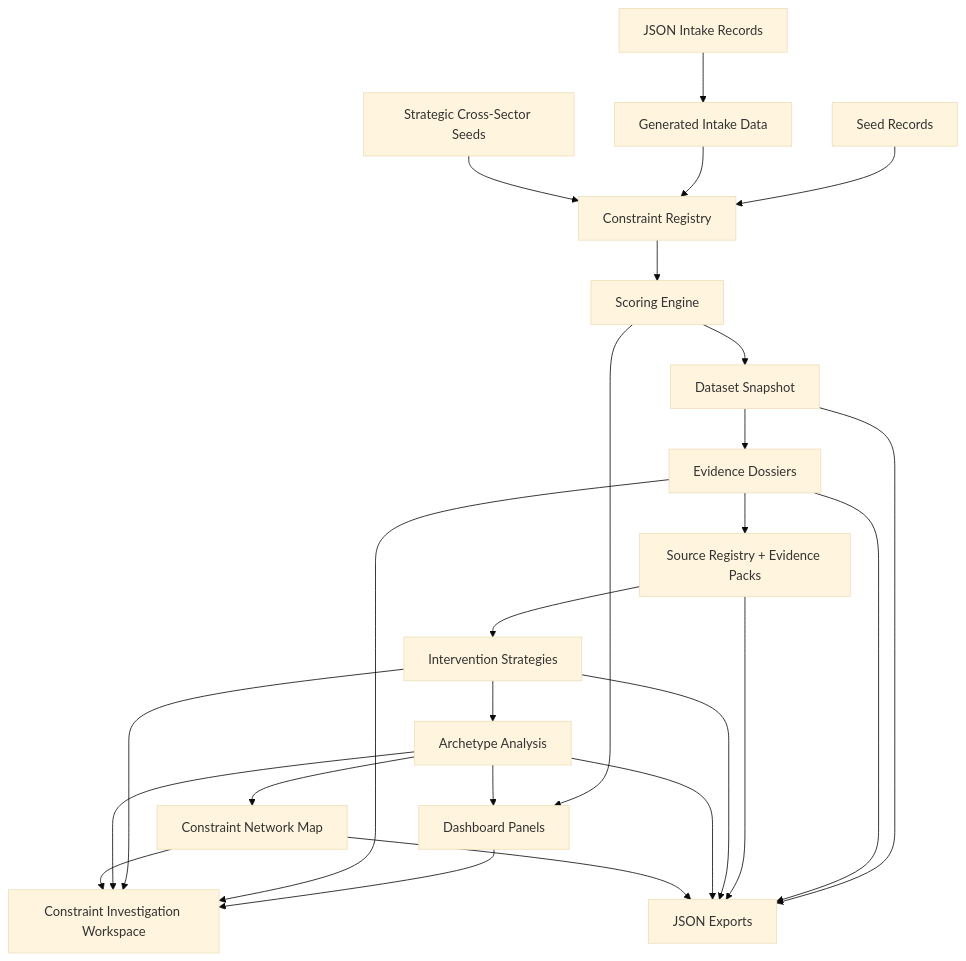
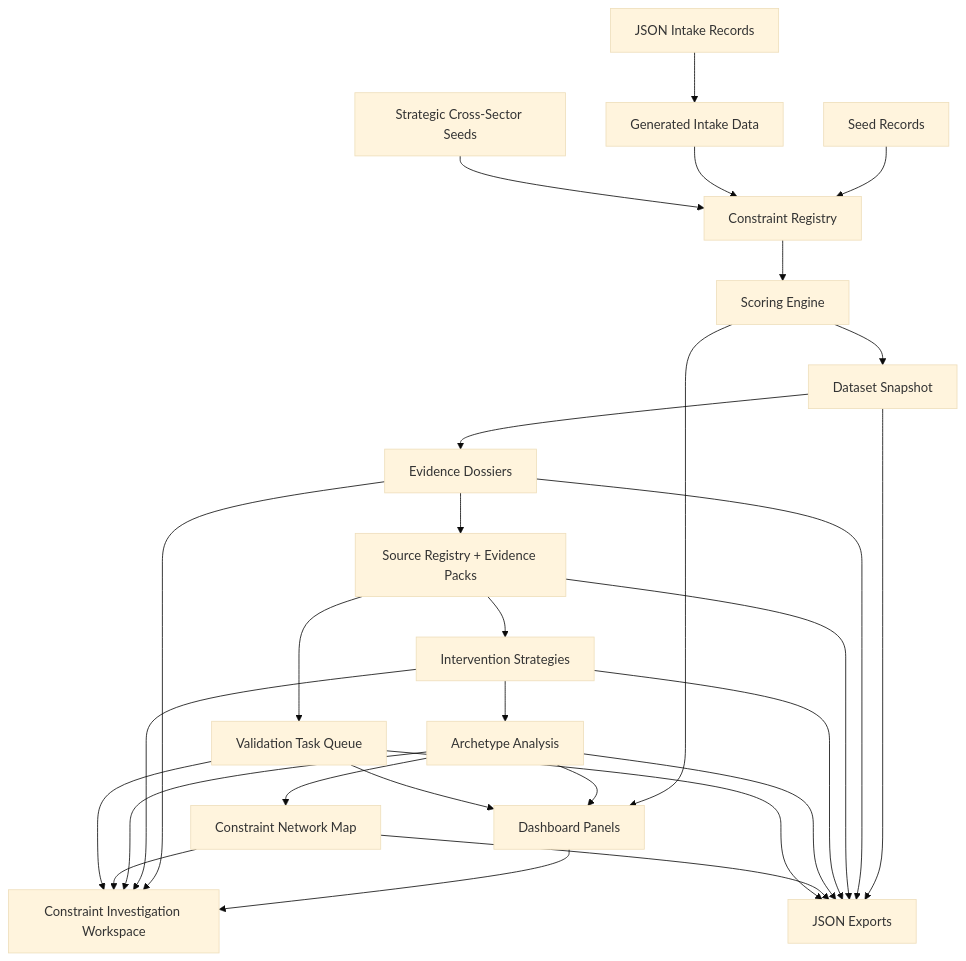
Before and after one commit to EtherTabu/economic-x-ray-vision: the diagram in README.md, drawn with Mermaid (base theme). The commit also changed other lines of this file and 21 other files, not shown here.

Commit message:
Add validation task workflow

````diff
--- a/README.md
+++ b/README.md
@@ -86,27 +88,31 @@
 ```mermaid
 flowchart TD
   A["Seed Records"] --> C["Constraint Registry"]
   B["JSON Intake Records"] --> D["Generated Intake Data"]
   D --> C
   E["Strategic Cross-Sector Seeds"] --> C
   C --> F["Scoring Engine"]
   F --> G["Dataset Snapshot"]
   G --> H["Evidence Dossiers"]
   H --> O["Source Registry + Evidence Packs"]
   O --> I["Intervention Strategies"]
   I --> J["Archetype Analysis"]
   J --> N["Constraint Network Map"]
+  O --> P["Validation Task Queue"]
   F --> K["Dashboard Panels"]
   K --> M["Constraint Investigation Workspace"]
   H --> M
   I --> M
   J --> M
   N --> M
+  P --> M
   G --> L["JSON Exports"]
   H --> L
   O --> L
   I --> L
   J --> L
   N --> L
+  P --> L
   J --> K
+  P --> K
 ```
````
